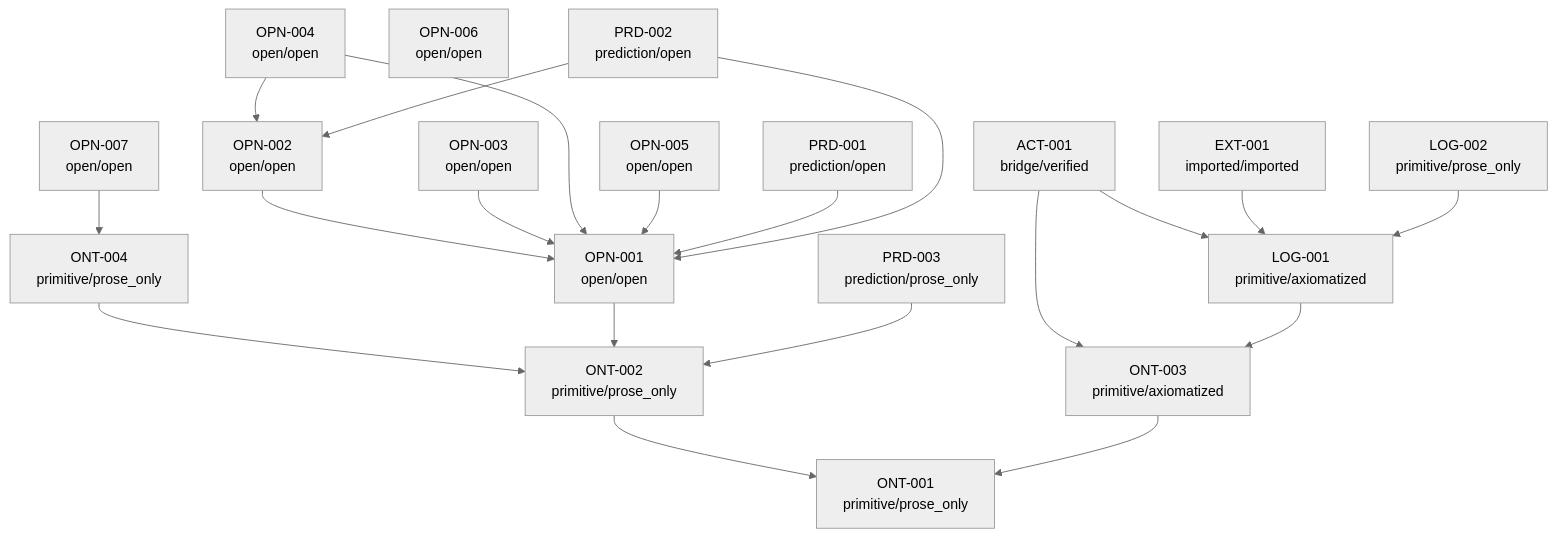
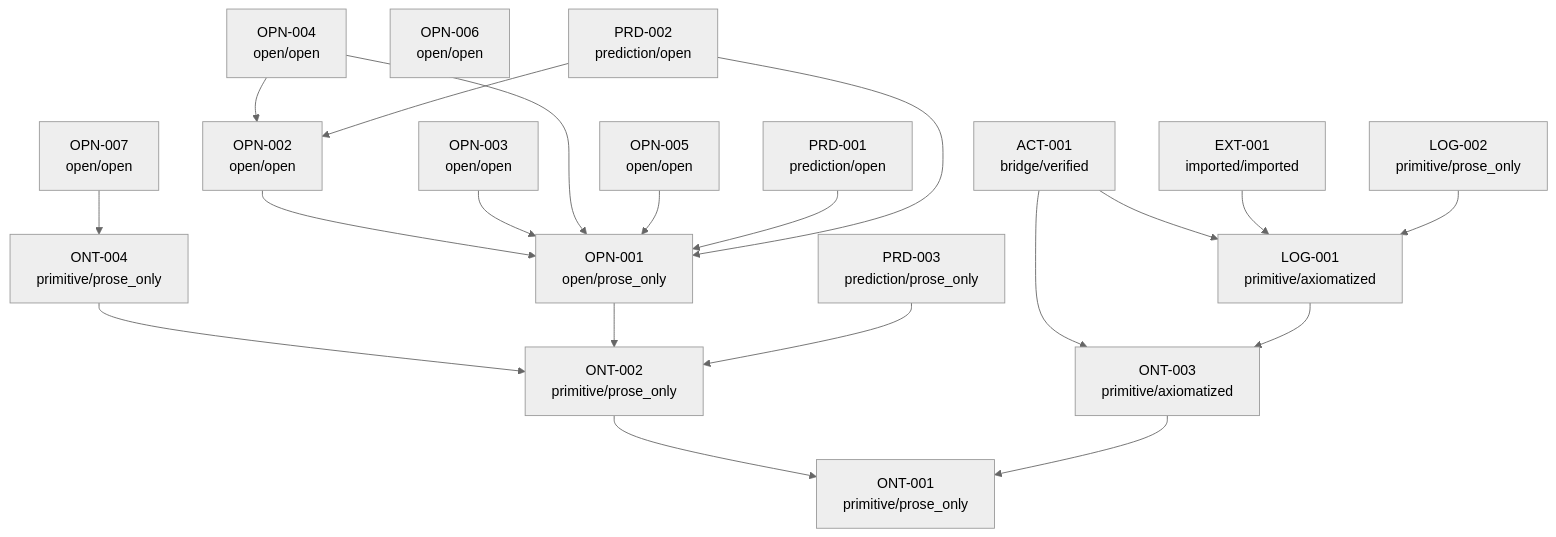
The diagram in traceability/generated/dependency-graph.mmd (jdlongmire/triadic-reality-theory), drawn with Mermaid (neutral theme) before and after one commit. The commit also changed 9 other files, not shown here.

```diff
--- a/traceability/generated/dependency-graph.mmd
+++ b/traceability/generated/dependency-graph.mmd
@@ -1,38 +1,38 @@
 graph TD
   ACT-001["ACT-001<br/>bridge/verified"]
   EXT-001["EXT-001<br/>imported/imported"]
   LOG-001["LOG-001<br/>primitive/axiomatized"]
   LOG-002["LOG-002<br/>primitive/prose_only"]
   ONT-001["ONT-001<br/>primitive/prose_only"]
   ONT-002["ONT-002<br/>primitive/prose_only"]
   ONT-003["ONT-003<br/>primitive/axiomatized"]
   ONT-004["ONT-004<br/>primitive/prose_only"]
-  OPN-001["OPN-001<br/>open/open"]
+  OPN-001["OPN-001<br/>open/prose_only"]
   OPN-002["OPN-002<br/>open/open"]
   OPN-003["OPN-003<br/>open/open"]
   OPN-004["OPN-004<br/>open/open"]
   OPN-005["OPN-005<br/>open/open"]
   OPN-006["OPN-006<br/>open/open"]
   OPN-007["OPN-007<br/>open/open"]
   PRD-001["PRD-001<br/>prediction/open"]
   PRD-002["PRD-002<br/>prediction/open"]
   PRD-003["PRD-003<br/>prediction/prose_only"]
   ACT-001 --> ONT-003
   ACT-001 --> LOG-001
   EXT-001 --> LOG-001
   LOG-001 --> ONT-003
   LOG-002 --> LOG-001
   ONT-002 --> ONT-001
   ONT-003 --> ONT-001
   ONT-004 --> ONT-002
   OPN-001 --> ONT-002
   OPN-002 --> OPN-001
   OPN-003 --> OPN-001
   OPN-004 --> OPN-002
   OPN-004 --> OPN-001
   OPN-005 --> OPN-001
   OPN-007 --> ONT-004
   PRD-001 --> OPN-001
   PRD-002 --> OPN-001
   PRD-002 --> OPN-002
   PRD-003 --> ONT-002
```
